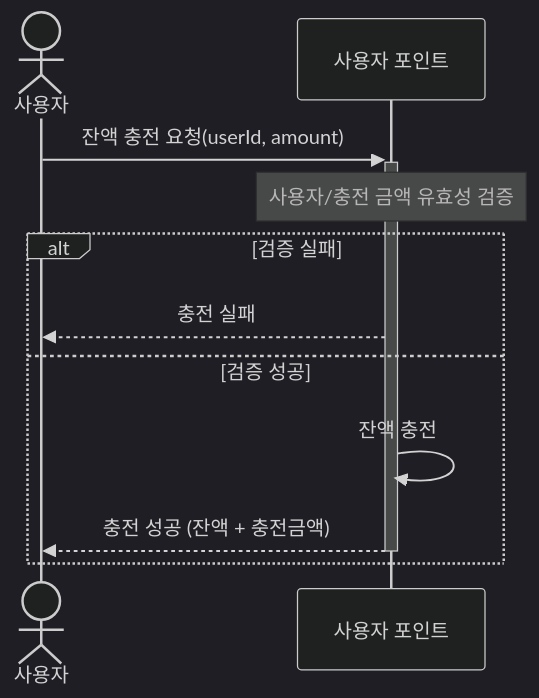
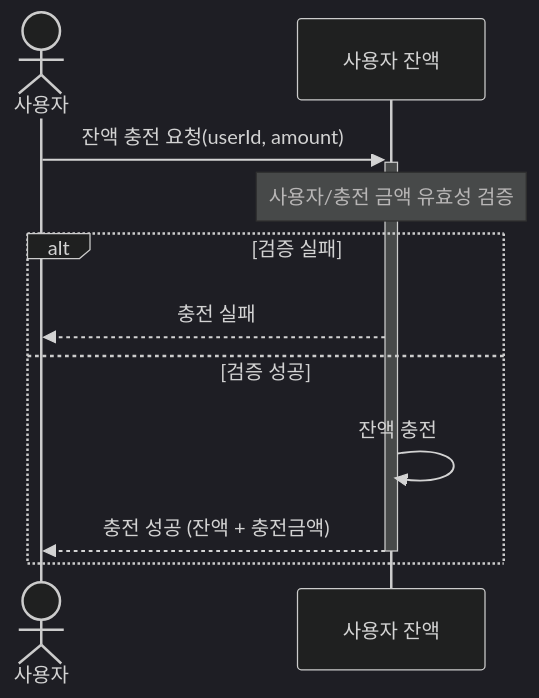
One commit to leevigong/hhplus-ecommerce changed the first of 10 diagrams in docs/SequenceDiagram.md. Above: the diagram before and after it, drawn with Mermaid (dark theme). The commit also changed other lines of this file, not shown here.

First line of the commit message:
docs: UserPoint -> UserBalance 로 수정

````diff
--- a/docs/SequenceDiagram.md
+++ b/docs/SequenceDiagram.md
@@ -13,14 +13,14 @@
 ```mermaid
 sequenceDiagram
     actor User as 사용자
-    participant UserPoint as 사용자 포인트
-    User ->>+ UserPoint: 잔액 충전 요청(userId, amount)
-    Note over UserPoint: 사용자/충전 금액 유효성 검증
+    participant UserBalance as 사용자 잔액
+    User ->>+ UserBalance: 잔액 충전 요청(userId, amount)
+    Note over UserBalance: 사용자/충전 금액 유효성 검증
 
     alt 검증 실패
-        UserPoint -->> User: 충전 실패
+        UserBalance -->> User: 충전 실패
     else 검증 성공
-        UserPoint ->> UserPoint: 잔액 충전
-        UserPoint -->>- User: 충전 성공 (잔액 + 충전금액)
+        UserBalance ->> UserBalance: 잔액 충전
+        UserBalance -->>- User: 충전 성공 (잔액 + 충전금액)
     end
 ```
````
